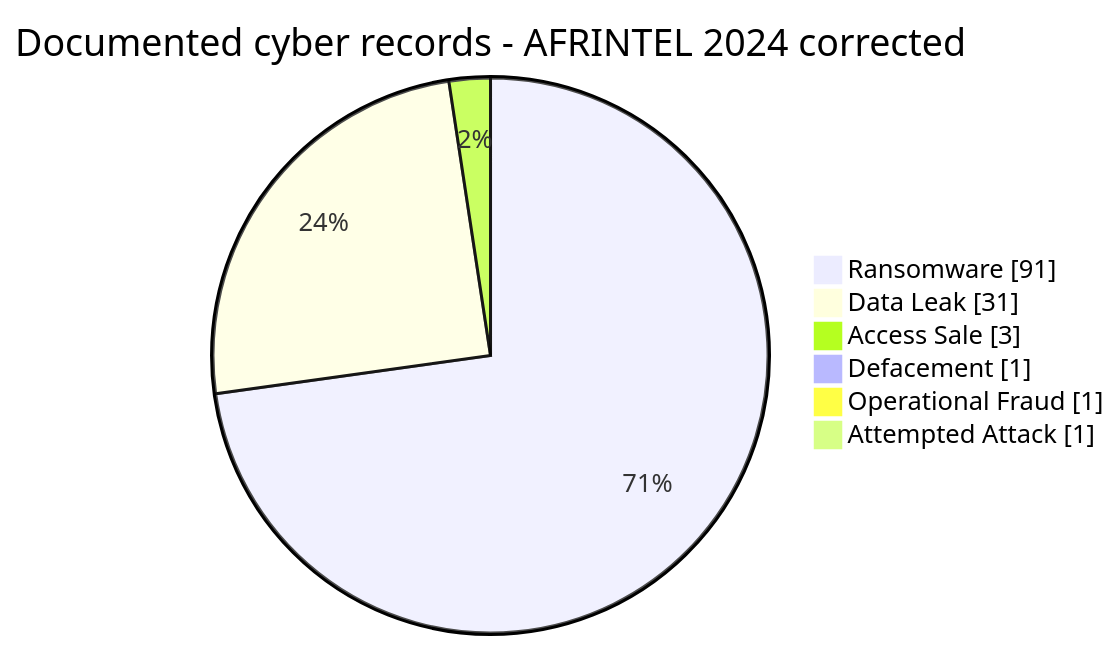
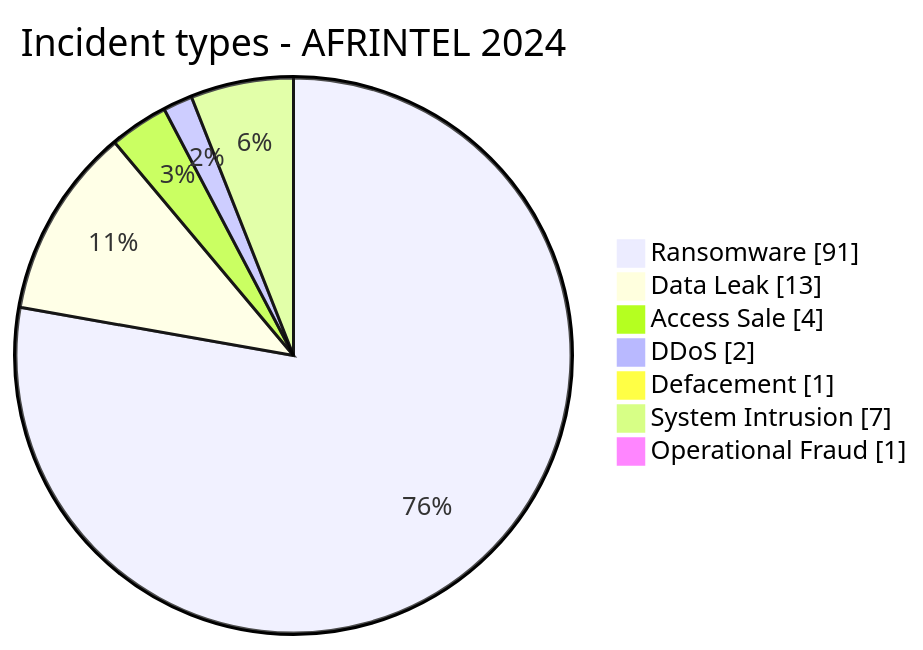
One commit to Hatchepsoute/AFRINTEL changed the second of 2 diagrams in CyberAttackAfrica/2024/README.md. Above: the diagram before and after it, drawn with Mermaid. The commit also changed other lines of this file and 66 other files, not shown here.

````diff
--- a/CyberAttackAfrica/2024/README.md
+++ b/CyberAttackAfrica/2024/README.md
@@ -62,10 +77,11 @@
 ```mermaid
 pie showData
-    title Documented cyber records - AFRINTEL 2024 corrected
+    title Incident types - AFRINTEL 2024
     "Ransomware" : 91
-    "Data Leak" : 31
-    "Access Sale" : 3
+    "Data Leak" : 13
+    "Access Sale" : 4
+    "DDoS" : 2
     "Defacement" : 1
+    "System Intrusion" : 7
     "Operational Fraud" : 1
-    "Attempted Attack" : 1
 ```
````
